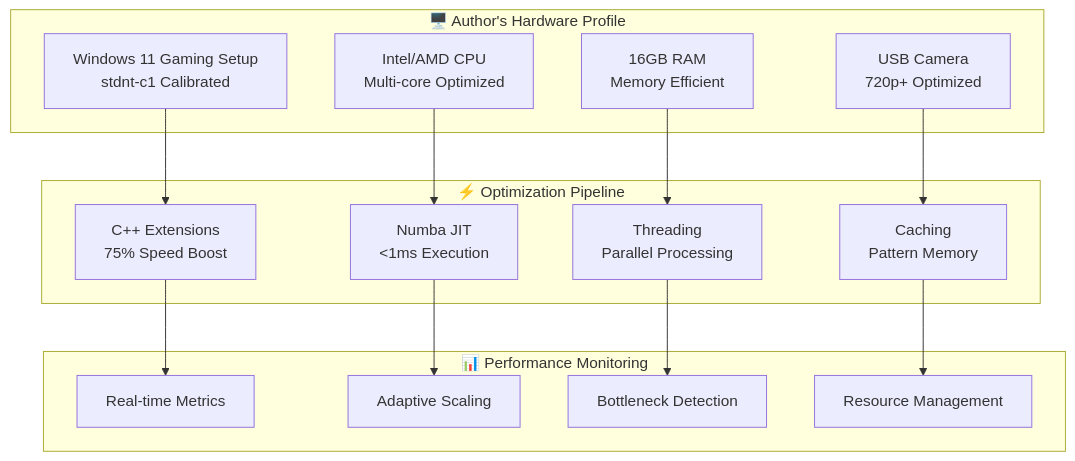
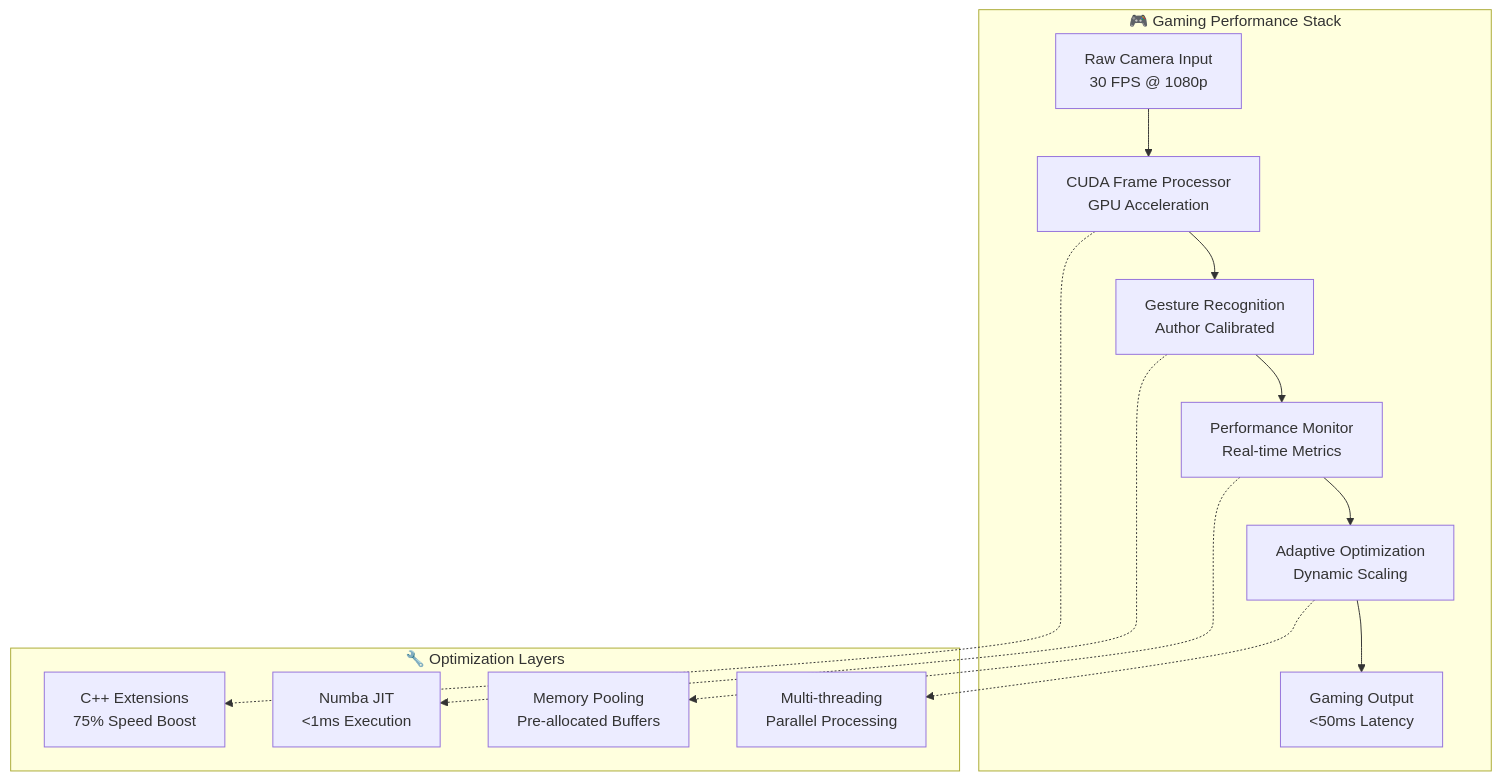
The first of 2 diagrams in docs/PERFORMANCE_GUIDE.md (stdnt-c1/A-Hand-For-A-Game), drawn with Mermaid before and after one commit. The commit also changed other lines of this file and 7447 other files, not shown here.

````diff
--- a/docs/PERFORMANCE_GUIDE.md
+++ b/docs/PERFORMANCE_GUIDE.md
@@ -48,33 +21,22 @@
 ```mermaid
 graph TD
-    subgraph "🖥️ Author's Hardware Profile"
-        A[Windows 11 Gaming Setup<br/>stdnt-c1 Calibrated]
-        B[Intel/AMD CPU<br/>Multi-core Optimized]
-        C[16GB RAM<br/>Memory Efficient]
-        D[USB Camera<br/>720p+ Optimized]
+    subgraph "🎮 Gaming Performance Stack"
+        A[Raw Camera Input<br/>30 FPS @ 1080p] --> B[CUDA Frame Processor<br/>GPU Acceleration]
+        B --> C[Gesture Recognition<br/>Author Calibrated]
+        C --> D[Performance Monitor<br/>Real-time Metrics]
+        D --> E[Adaptive Optimization<br/>Dynamic Scaling]
+        E --> F[Gaming Output<br/><50ms Latency]
     end
     
-    subgraph "⚡ Optimization Pipeline"
-        E[C++ Extensions<br/>75% Speed Boost]
-        F[Numba JIT<br/><1ms Execution]
-        G[Threading<br/>Parallel Processing]
-        H[Caching<br/>Pattern Memory]
+    subgraph "🔧 Optimization Layers"
+        G[C++ Extensions<br/>75% Speed Boost]
+        H[Numba JIT<br/><1ms Execution]
+        I[Memory Pooling<br/>Pre-allocated Buffers]
+        J[Multi-threading<br/>Parallel Processing]
     end
     
-    subgraph "📊 Performance Monitoring"
-        I[Real-time Metrics]
-        J[Adaptive Scaling]
-        K[Bottleneck Detection]
-        L[Resource Management]
-    end
-    
-    A --> E
-    B --> F
-    C --> G
-    D --> H
-    
-    E --> I
-    F --> J
-    G --> K
-    H --> L
+    B -.-> G
+    C -.-> H
+    D -.-> I
+    E -.-> J
 ```
````
